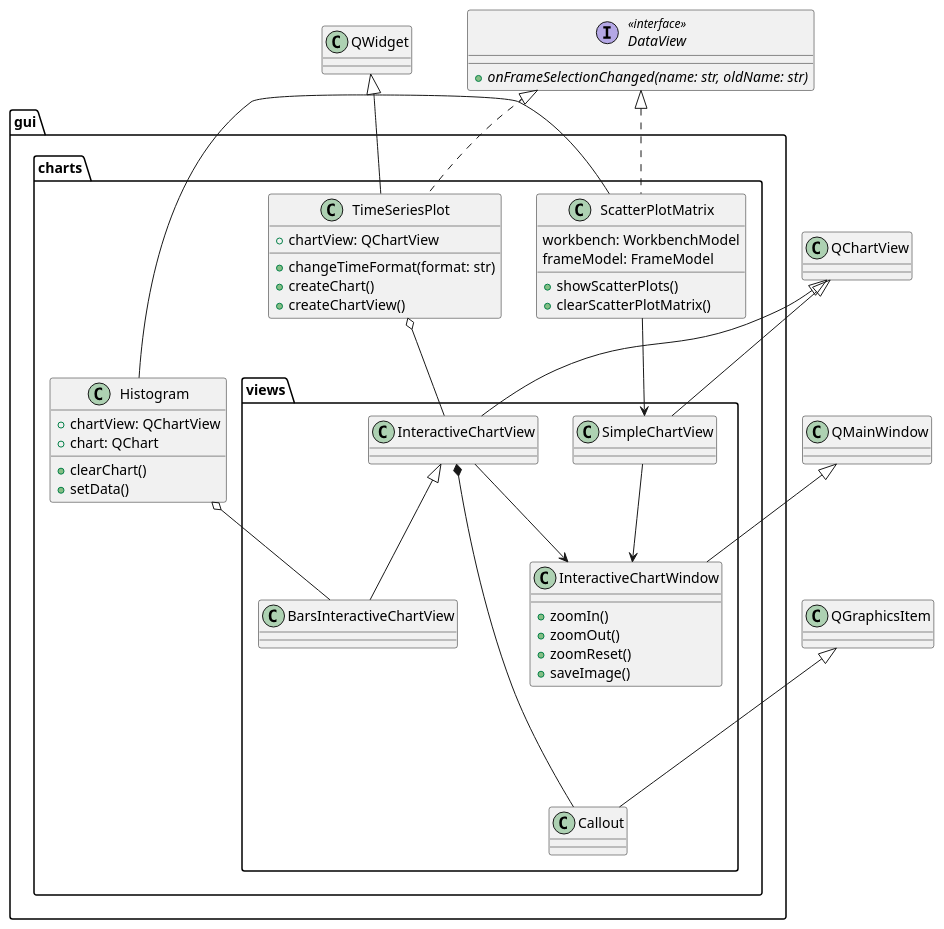
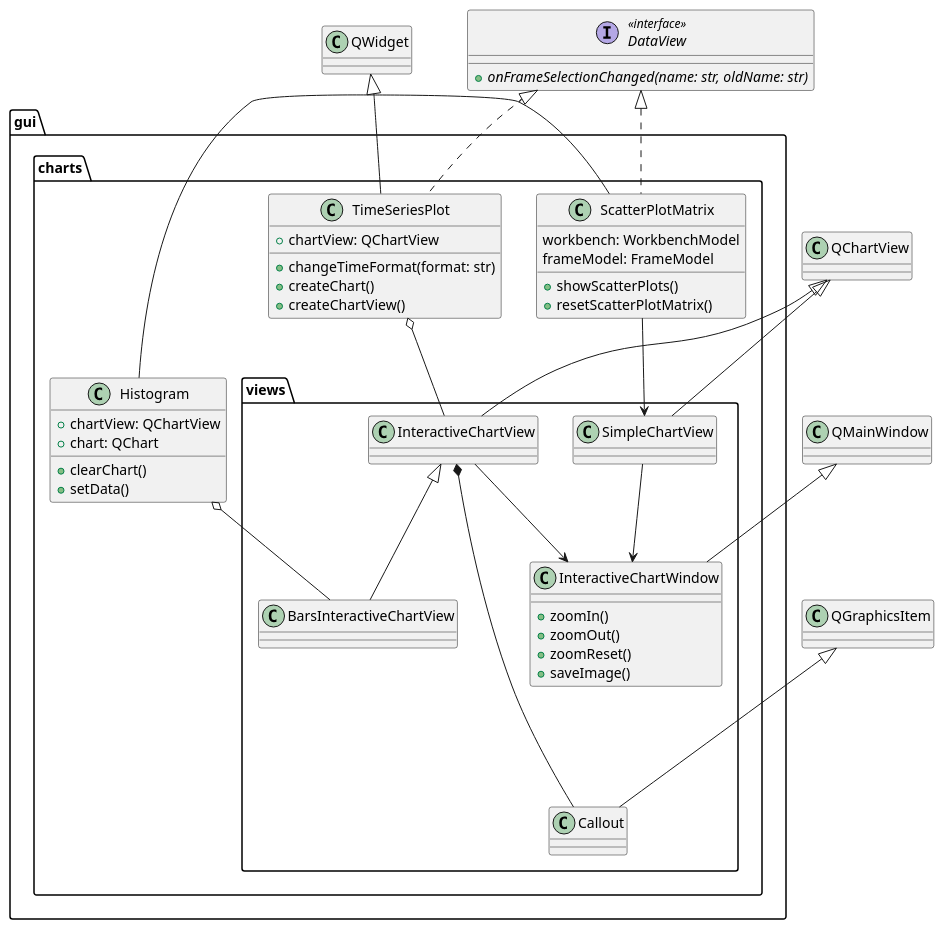
Before and after one commit to alezanga/dataMole: the diagram in uml/charts.puml, drawn with PlantUML. The commit also changed 1 other file, not shown here.

```diff
--- a/uml/charts.puml
+++ b/uml/charts.puml
@@ -1,64 +1,64 @@
 @startuml charts
 skinparam groupInheritance 3
 
 interface DataView <<interface>> {
   + {abstract} onFrameSelectionChanged(name: str, oldName: str)
 }
 
 package gui.charts {
   class Histogram {
     + chartView: QChartView
     + chart: QChart
     + clearChart()
     + setData()
   }
 
   class ScatterPlotMatrix {
     workbench: WorkbenchModel
     frameModel: FrameModel
     + showScatterPlots()
-    + clearScatterPlotMatrix()
+    + resetScatterPlotMatrix()
   }
 
   class TimeSeriesPlot {
     + chartView: QChartView
     + changeTimeFormat(format: str)
     + createChart()
     + createChartView()
   }
 
   package views {
     class SimpleChartView
     class InteractiveChartView
     class BarsInteractiveChartView
     class Callout
     class InteractiveChartWindow {
       + zoomIn()
       + zoomOut()
       + zoomReset()
       + saveImage()
     }
   }
 }
 
 QWidget <|- Histogram
 QWidget <|-- ScatterPlotMatrix
 QWidget <|-- TimeSeriesPlot
 ' class ScatterPlotMatrix implements DataView
 ' class TimeSeriesPlot implements DataView
 DataView <|.. TimeSeriesPlot
 DataView <|.. ScatterPlotMatrix
 QGraphicsItem <|--- Callout
 QChartView <|-- SimpleChartView
 QChartView <|-- InteractiveChartView
 InteractiveChartView <|-- BarsInteractiveChartView
 InteractiveChartView *---- Callout
 
 Histogram o-- BarsInteractiveChartView
 ScatterPlotMatrix --> SimpleChartView
 TimeSeriesPlot o-- InteractiveChartView
 QMainWindow <|-- InteractiveChartWindow
 SimpleChartView --> InteractiveChartWindow
 InteractiveChartView --> InteractiveChartWindow
 
 @enduml
```
